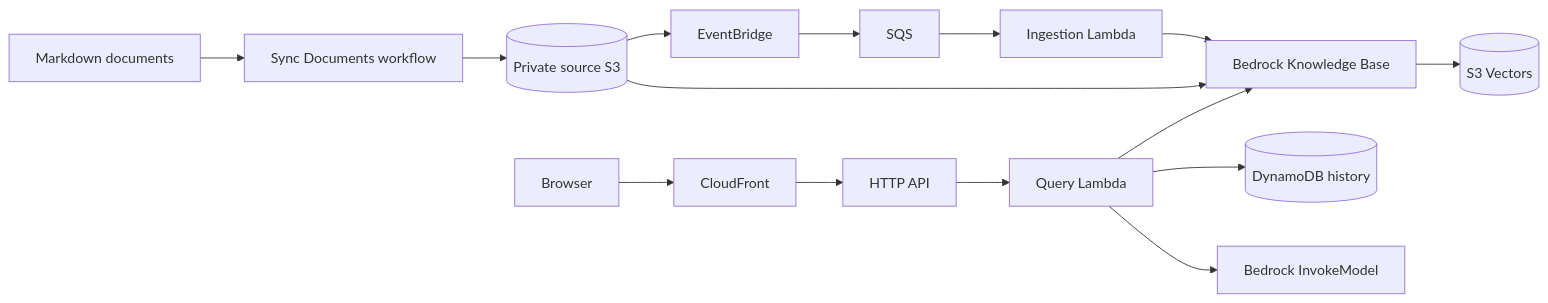
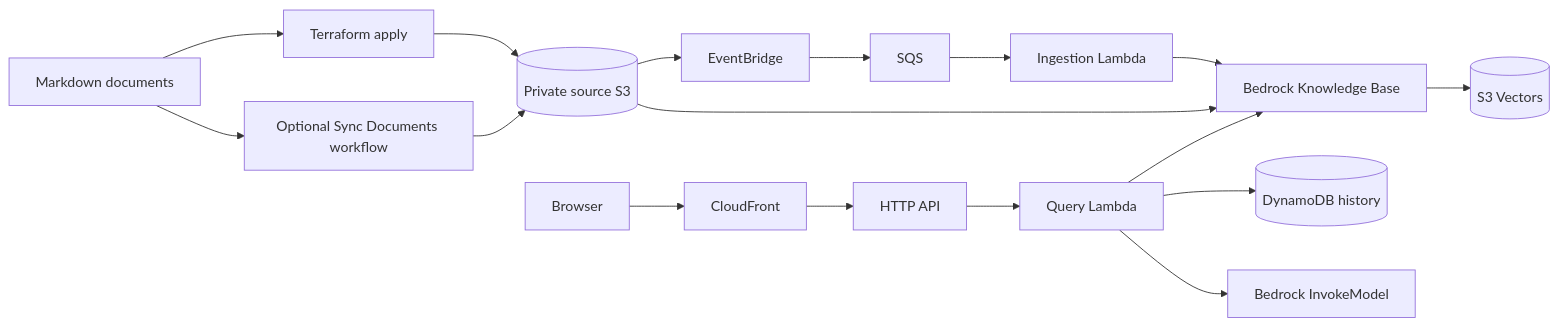
The diagram in README.md (Norahbiju/chatbot), drawn with Mermaid before and after one commit. The commit also changed other lines of this file and 6 other files, not shown here.

Commit message:
feat: seed knowledge base documents with terraform

````diff
--- a/README.md
+++ b/README.md
@@ -5,17 +5,19 @@
 ```mermaid
 flowchart LR
-  D[Markdown documents] --> SD[Sync Documents workflow]
-  SD --> S3[(Private source S3)]
+  D[Markdown documents] --> TF[Terraform apply]
+  D --> SD[Optional Sync Documents workflow]
+  TF --> S3[(Private source S3)]
+  SD --> S3
   S3 --> EB[EventBridge]
   EB --> Q[SQS]
   Q --> IL[Ingestion Lambda]
   IL --> KB
   S3 --> KB[Bedrock Knowledge Base]
   KB --> SV[(S3 Vectors)]
   B[Browser] --> CF[CloudFront]
   CF --> API[HTTP API]
   API --> QL[Query Lambda]
   QL --> DDB[(DynamoDB history)]
   QL --> KB
   QL --> FM[Bedrock InvokeModel]
 ```
````
